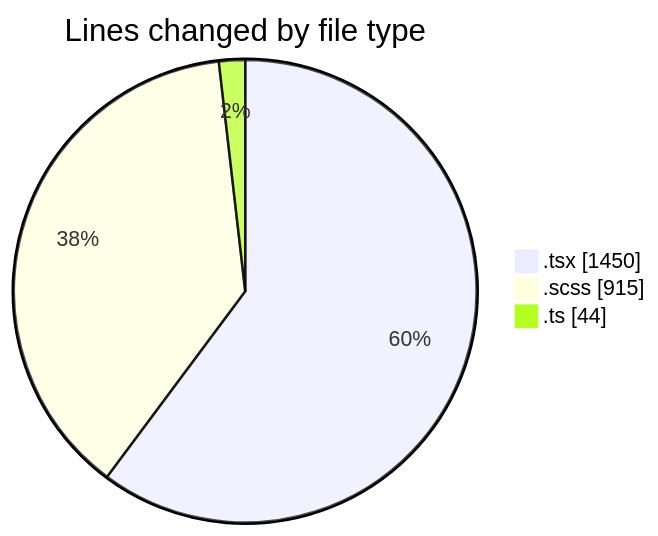
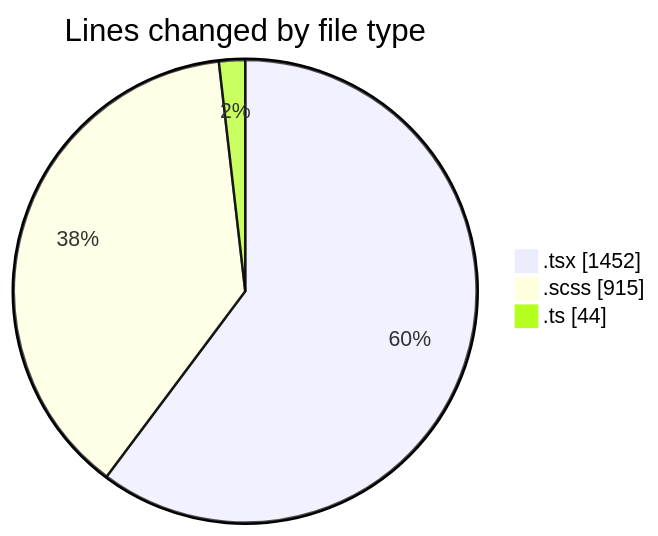
One commit to momahboobian/code-tracking changed the first of 2 diagrams in 2025-03-27/cda/README.md. Above: the diagram before and after it, drawn with Mermaid. The commit also changed other lines of this file and 1 other file, not shown here.

````diff
--- a/2025-03-27/cda/README.md
+++ b/2025-03-27/cda/README.md
@@ -29,7 +29,7 @@
 ```mermaid
 pie showData
 title Lines changed by file type
-".tsx" : 1450
+".tsx" : 1452
 ".scss" : 915
 ".ts" : 44
 ```
````
